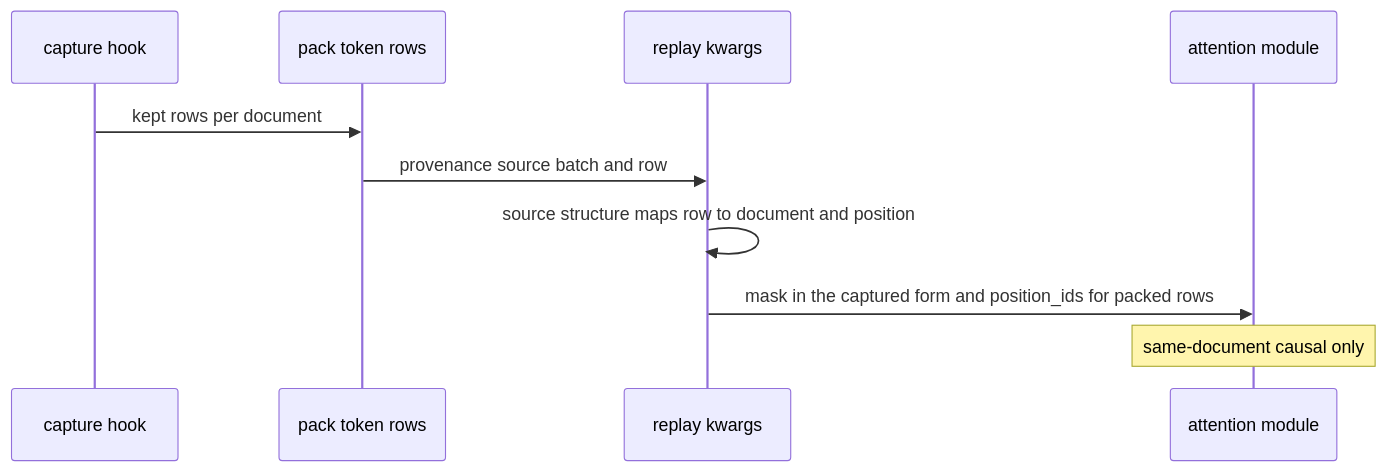
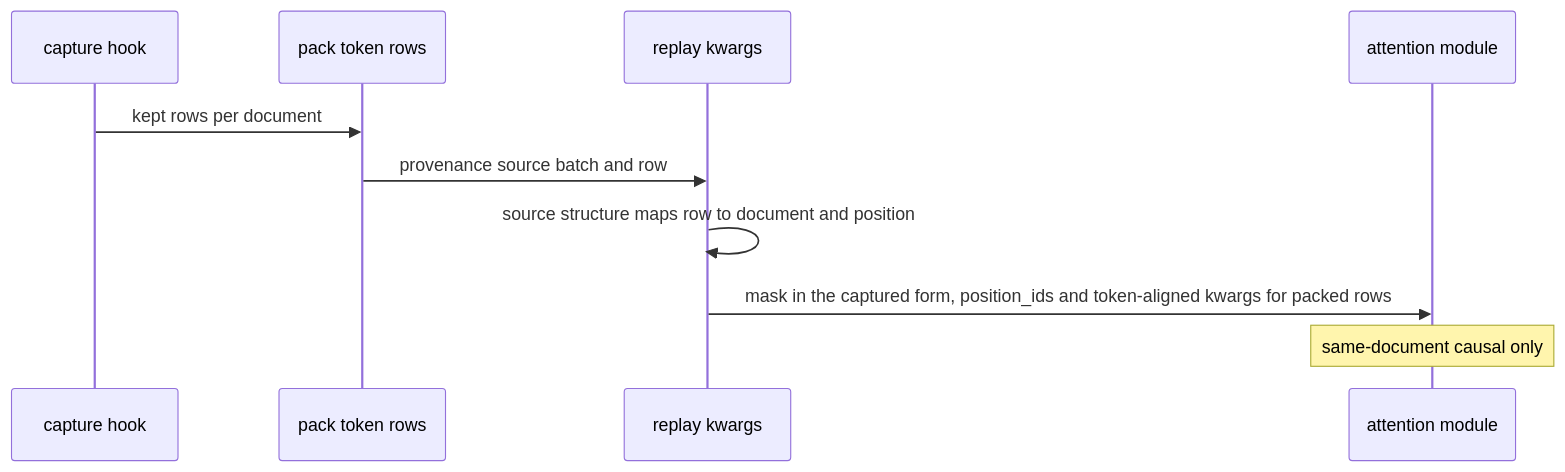
One commit to ModelCloud/GPTQModel changed the fourth of 4 diagrams in docs/awq-calibration-aggregation.md. Above: the diagram before and after it, drawn with Mermaid. The commit also changed other lines of this file and 5 other files, not shown here.

````diff
--- a/docs/awq-calibration-aggregation.md
+++ b/docs/awq-calibration-aggregation.md
@@ -251,12 +261,12 @@
 ```mermaid
 sequenceDiagram
     participant Hook as capture hook
     participant Pack as pack token rows
     participant Kw as replay kwargs
     participant Attn as attention module
     Hook->>Pack: kept rows per document
     Pack->>Kw: provenance source batch and row
     Kw->>Kw: source structure maps row to document and position
-    Kw->>Attn: mask in the captured form and position_ids for packed rows
+    Kw->>Attn: mask in the captured form, position_ids and token-aligned kwargs for packed rows
     Note over Attn: same-document causal only
 ```
````
